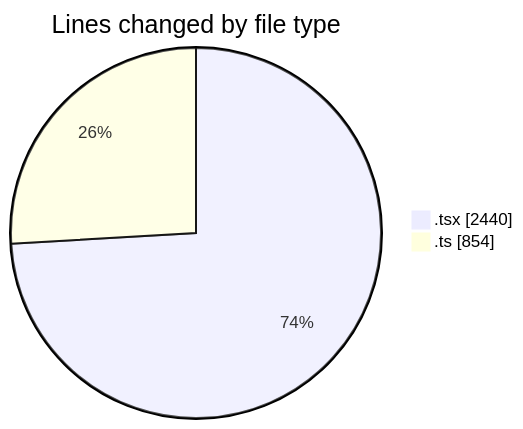
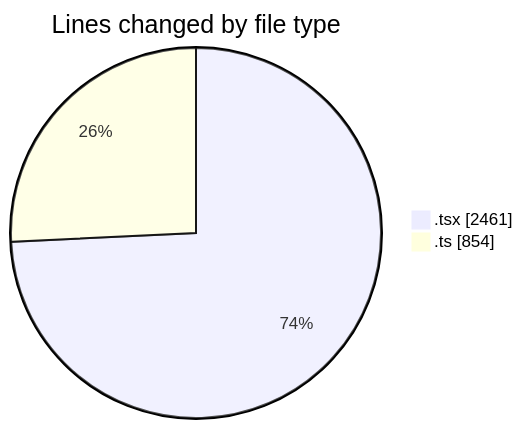
Before and after one commit to nxtqubesakshisongat/code-tracking: the first of 2 diagrams in 2026-02-19/nxtqube_webapp/README.md, drawn with Mermaid. The commit also changed other lines of this file and 1 other file, not shown here.

````diff
--- a/2026-02-19/nxtqube_webapp/README.md
+++ b/2026-02-19/nxtqube_webapp/README.md
@@ -26,6 +26,6 @@
 ```mermaid
 pie showData
 title Lines changed by file type
-".tsx" : 2440
+".tsx" : 2461
 ".ts" : 854
 ```
````
